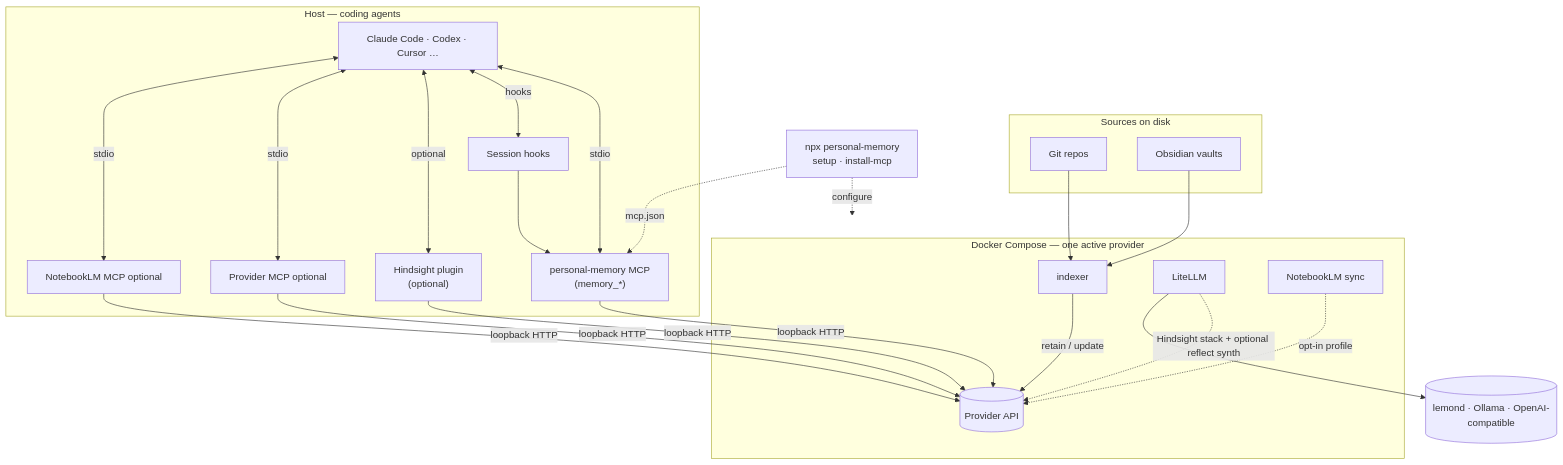
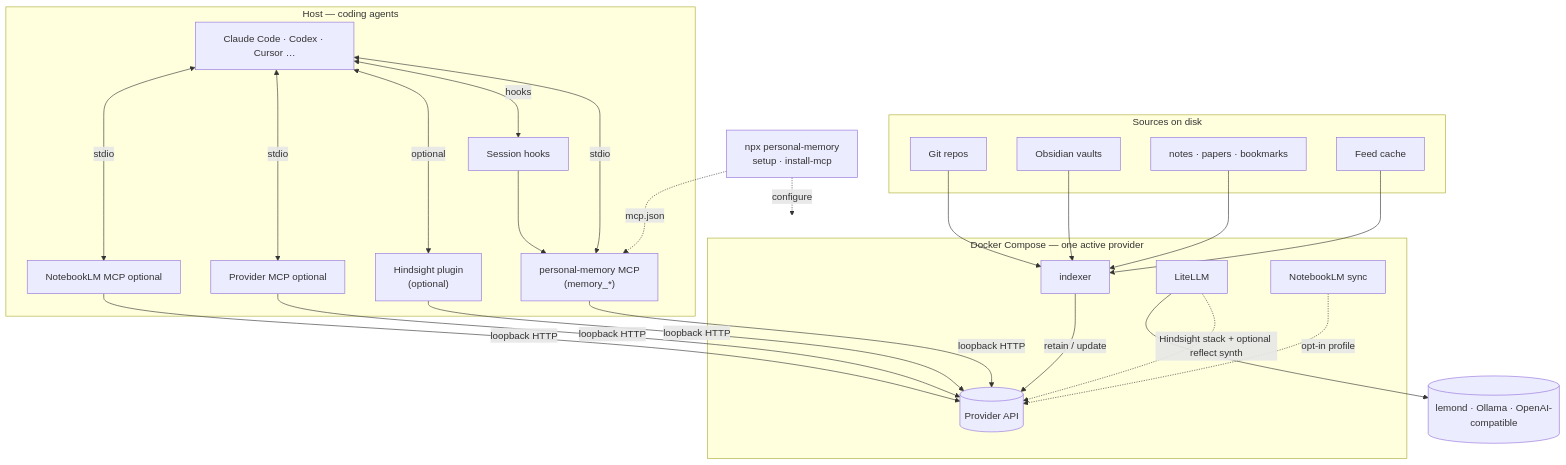
Before and after one commit to bcmyguest/openmem: the diagram in README.md, drawn with Mermaid. The commit also changed 10 other files, not shown here.

````diff
--- a/README.md
+++ b/README.md
@@ -43,44 +43,48 @@
 ```mermaid
 flowchart TB
   subgraph disk["Sources on disk"]
     GIT[Git repos]
     OBS[Obsidian vaults]
+    MD[notes · papers · bookmarks]
+    FEED[Feed cache]
   end
 
   subgraph compose["Docker Compose — one active provider"]
     IDX[indexer]
     PROV[(Provider API)]
     IDX -->|retain / update| PROV
     LIT[LiteLLM]
     NLM[NotebookLM sync]
     LIT -.->|Hindsight stack + optional reflect synth| PROV
     NLM -.->|opt-in profile| PROV
   end
 
   LIT --> LLM[(lemond · Ollama · OpenAI-compatible)]
 
   subgraph host["Host — coding agents"]
     AG[Claude Code · Codex · Cursor …]
     UMCP["personal-memory MCP\n(memory_*)"]
     SHIM["Session hooks"]
     PLG["Hindsight plugin\n(optional)"]
     PMCP[Provider MCP optional]
     NLMCP[NotebookLM MCP optional]
   end
 
   GIT --> IDX
   OBS --> IDX
+  MD --> IDX
+  FEED --> IDX
   AG <-->|stdio| UMCP
   AG <-->|hooks| SHIM
   AG <-->|optional| PLG
   SHIM --> UMCP
   AG <-->|stdio| PMCP
   AG <-->|stdio| NLMCP
   UMCP -->|loopback HTTP| PROV
   PLG -->|loopback HTTP| PROV
   PMCP -->|loopback HTTP| PROV
   NLMCP -->|loopback HTTP| PROV
 
   W["npx personal-memory\nsetup · install-mcp"] -.->|configure| compose
   W -.->|mcp.json| UMCP
 ```
````
